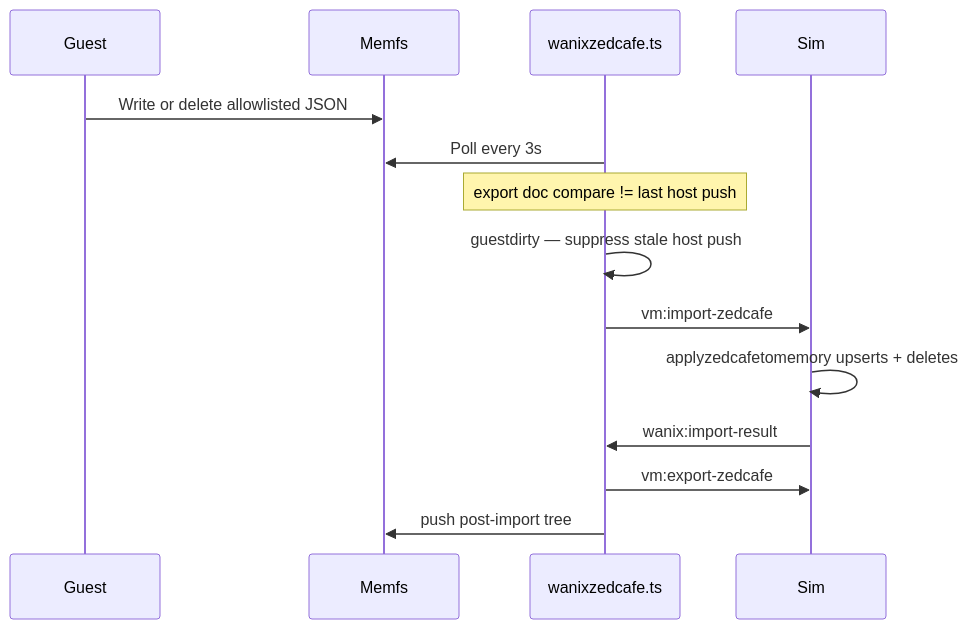
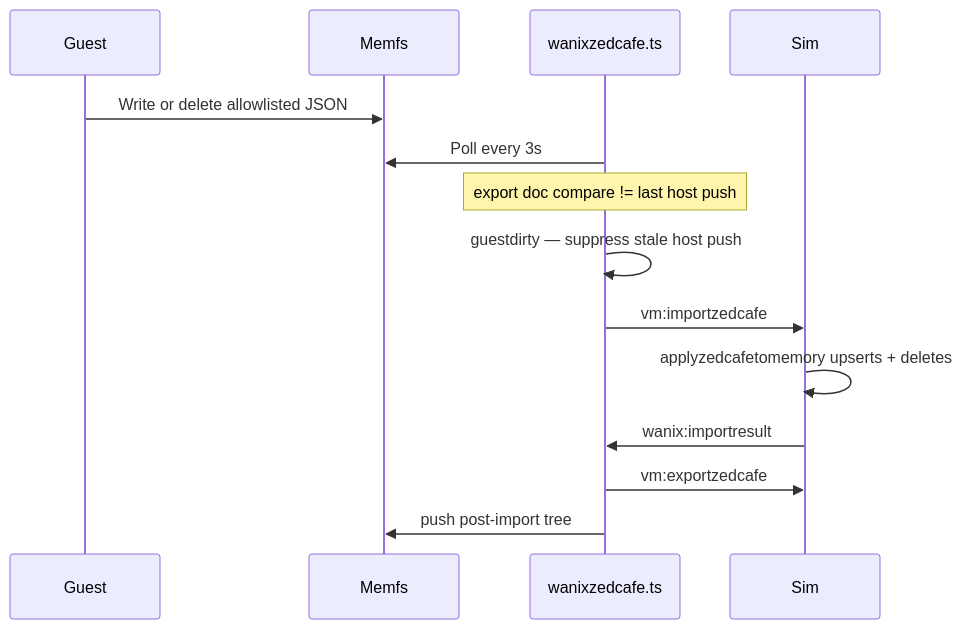
Before and after one commit to goldbuick/zed-software-system: the fourth of 9 diagrams in zss/feature/wanix/README.md, drawn with Mermaid. The commit also changed other lines of this file and 17 other files, not shown here.

````diff
--- a/zss/feature/wanix/README.md
+++ b/zss/feature/wanix/README.md
@@ -216,17 +216,17 @@
 ```mermaid
 sequenceDiagram
   participant Guest
   participant Memfs
   participant Parent as wanixzedcafe.ts
   participant Sim
 
   Guest->>Memfs: Write or delete allowlisted JSON
   Parent->>Memfs: Poll every 3s
   Note over Parent: export doc compare != last host push
   Parent->>Parent: guestdirty — suppress stale host push
-  Parent->>Sim: vm:import-zedcafe
+  Parent->>Sim: vm:importzedcafe
   Sim->>Sim: applyzedcafetomemory upserts + deletes
-  Sim->>Parent: wanix:import-result
-  Parent->>Sim: vm:export-zedcafe
+  Sim->>Parent: wanix:importresult
+  Parent->>Sim: vm:exportzedcafe
   Parent->>Memfs: push post-import tree
 ```
````
